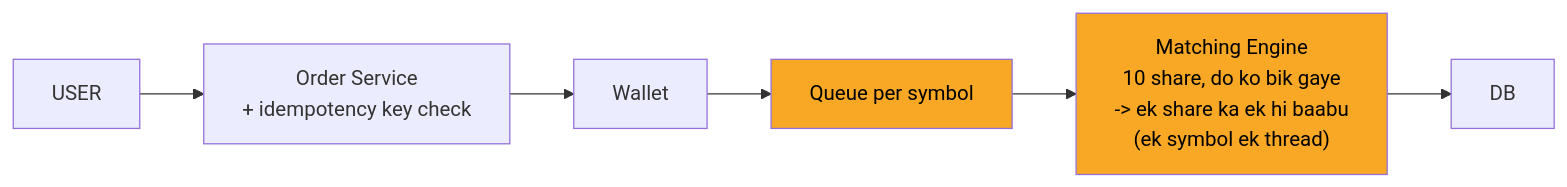
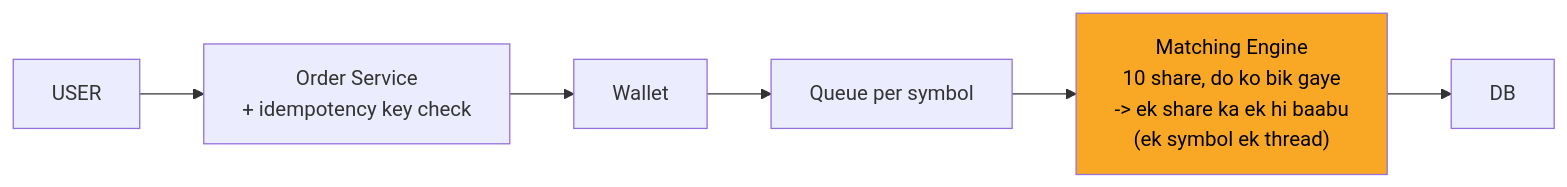
The fourth of 10 diagrams in 04_HLD/SYSTEM_DESIGNS/05_stock_broker_trading/05_stock_broker_trading.md (ArpanMaheshwari144/Prep), drawn with Mermaid before and after one commit. The commit also changed other lines of this file and 12 other files, not shown here.

````diff
--- a/04_HLD/SYSTEM_DESIGNS/05_stock_broker_trading/05_stock_broker_trading.md
+++ b/04_HLD/SYSTEM_DESIGNS/05_stock_broker_trading/05_stock_broker_trading.md
@@ -169,16 +169,15 @@
 ```mermaid
 flowchart LR
     n_USER["USER"]
     n_Order_Service["Order Service<br/>+ idempotency key check"]
     n_Wallet["Wallet"]
     n_Queue_per_symbol["Queue per symbol"]
     n_Matching_Engine["Matching Engine<br/>10 share, do ko bik gaye<br/>-> ek share ka ek hi baabu<br/>(ek symbol ek thread)"]
     n_DB["DB"]
     n_USER --> n_Order_Service
     n_Order_Service --> n_Wallet
     n_Wallet --> n_Queue_per_symbol
     n_Queue_per_symbol --> n_Matching_Engine
     n_Matching_Engine --> n_DB
-    style n_Queue_per_symbol fill:#f9a825,color:#000
     style n_Matching_Engine fill:#f9a825,color:#000
 ```
````
